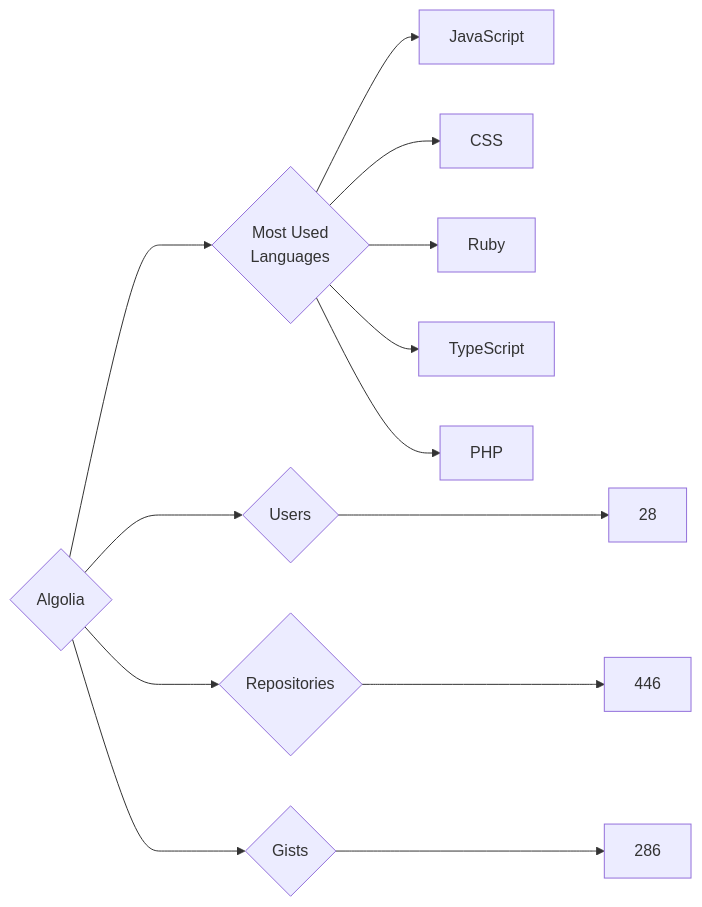
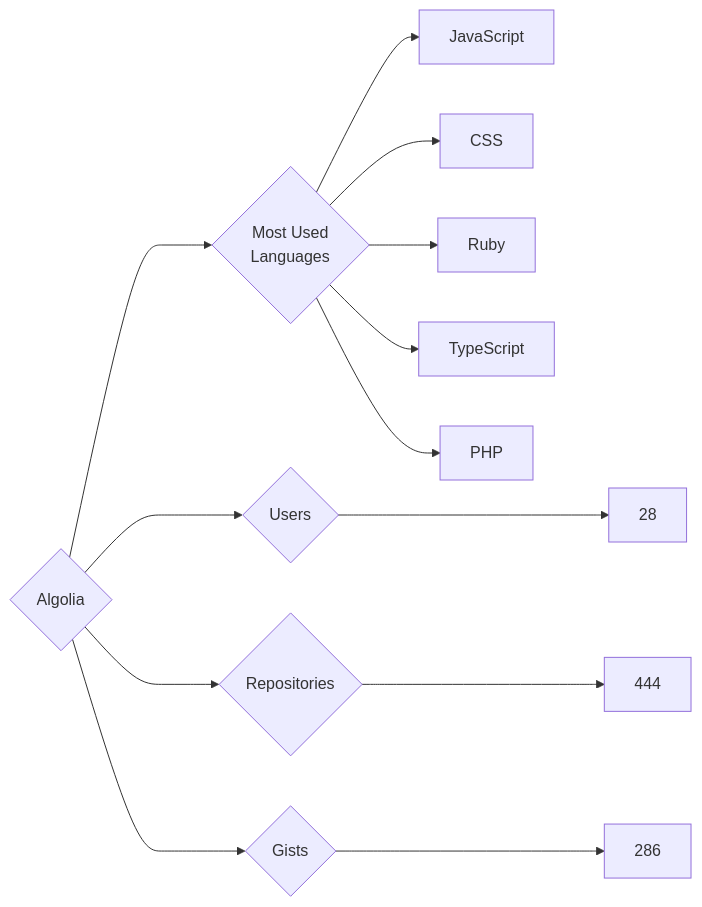
One commit to trickest/insiders changed the diagram in targets/Algolia/README.md. Above: the diagram before and after it, drawn with Mermaid. The commit also changed 838 other files, not shown here.

````diff
--- a/targets/Algolia/README.md
+++ b/targets/Algolia/README.md
@@ -3,13 +3,13 @@
 ```mermaid
 graph LR
 COMPANY_NAME{Algolia}
 COMPANY_NAME ---> U{Users} ---> UN[28]
-COMPANY_NAME ---> R{Repositories} ---> RN[446]
+COMPANY_NAME ---> R{Repositories} ---> RN[444]
 COMPANY_NAME ---> G{Gists} ---> GN[286]
 COMPANY_NAME ---> ML{Most Used<br>Languages}
 ML --> JavaScript[JavaScript]
 ML --> CSS[CSS]
 ML --> Ruby[Ruby]
 ML --> TypeScript[TypeScript]
 ML --> PHP[PHP]
 ```
````
